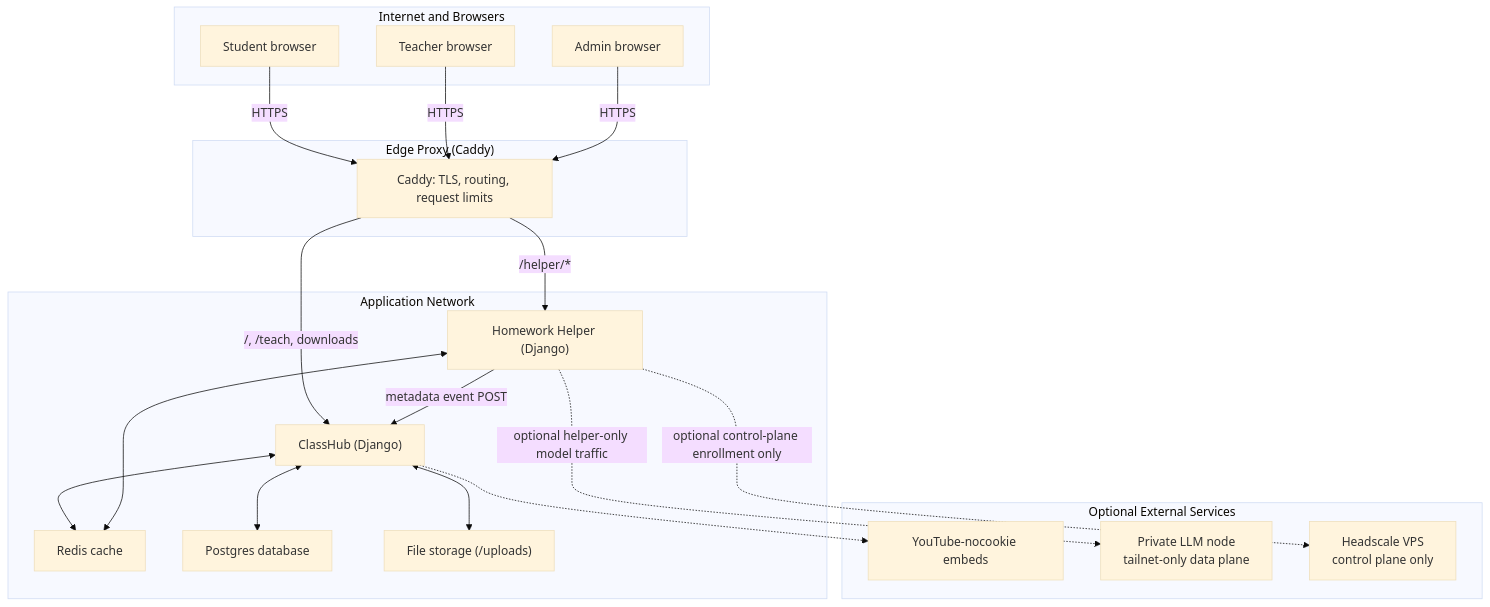
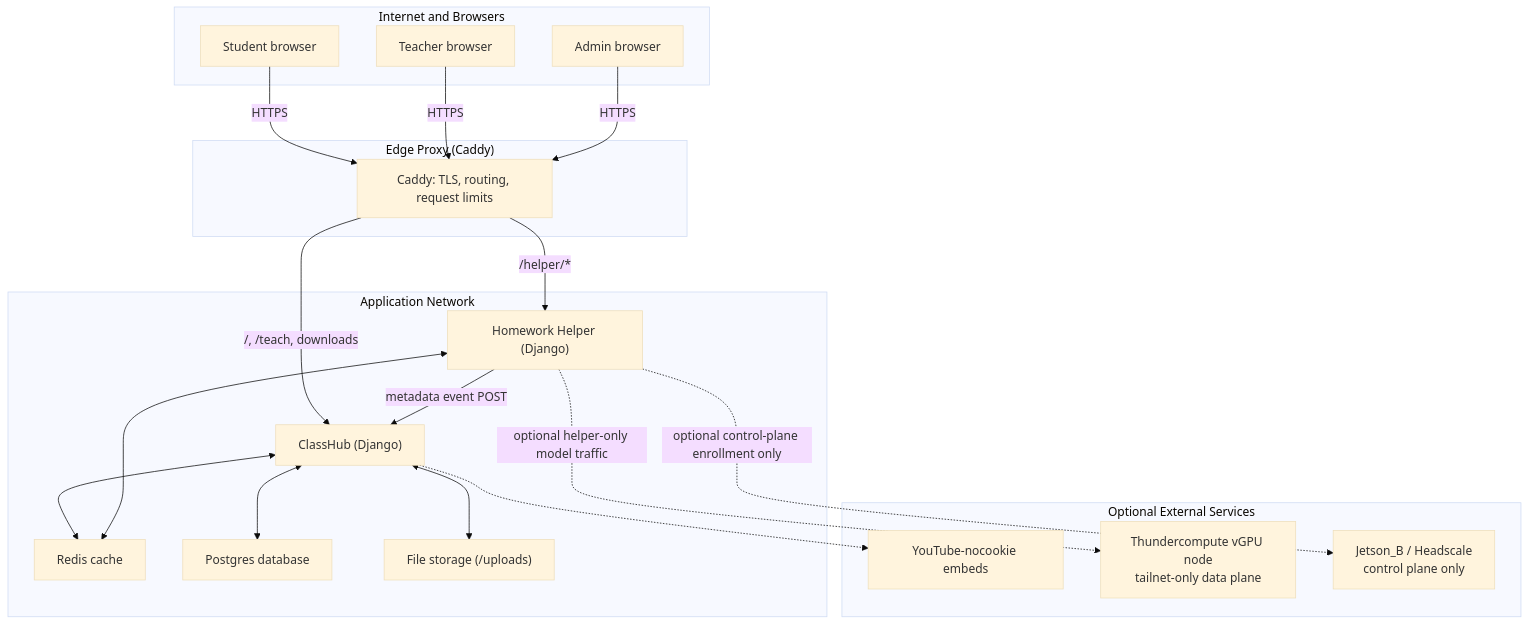
The third of 6 diagrams in docs/ARCHITECTURE.md (bseverns/classhub), drawn with Mermaid (base theme) before and after one commit. The commit also changed other lines of this file and 32 other files, not shown here.

Commit message:
Jetson-B headscale role

````diff
--- a/docs/ARCHITECTURE.md
+++ b/docs/ARCHITECTURE.md
@@ -70,44 +70,44 @@
 ```mermaid
 flowchart TB
   subgraph Z0["Internet and Browsers"]
     S["Student browser"]
     T["Teacher browser"]
     A["Admin browser"]
   end
 
   subgraph Z1["Edge Proxy (Caddy)"]
     C["Caddy: TLS, routing, request limits"]
   end
 
   subgraph Z2["Application Network"]
     CH["ClassHub (Django)"]
     HH["Homework Helper (Django)"]
     R["Redis cache"]
     PG["Postgres database"]
     FS["File storage (/uploads)"]
   end
 
   subgraph Z3["Optional External Services"]
     YT["YouTube-nocookie embeds"]
-    REM["Private LLM node<br/>tailnet-only data plane"]
-    HS["Headscale VPS<br/>control plane only"]
+    REM["Thundercompute vGPU node<br/>tailnet-only data plane"]
+    HS["Jetson_B / Headscale<br/>control plane only"]
   end
 
   S -->|HTTPS| C
   T -->|HTTPS| C
   A -->|HTTPS| C
 
   C -->|/, /teach, downloads| CH
   C -->|/helper/*| HH
 
   CH <--> R
   CH <--> PG
   CH <--> FS
 
   HH <--> R
   HH -->|metadata event POST| CH
 
   CH -.-> YT
   HH -. optional helper-only model traffic .-> REM
   HH -. optional control-plane enrollment only .-> HS
 ```
````
